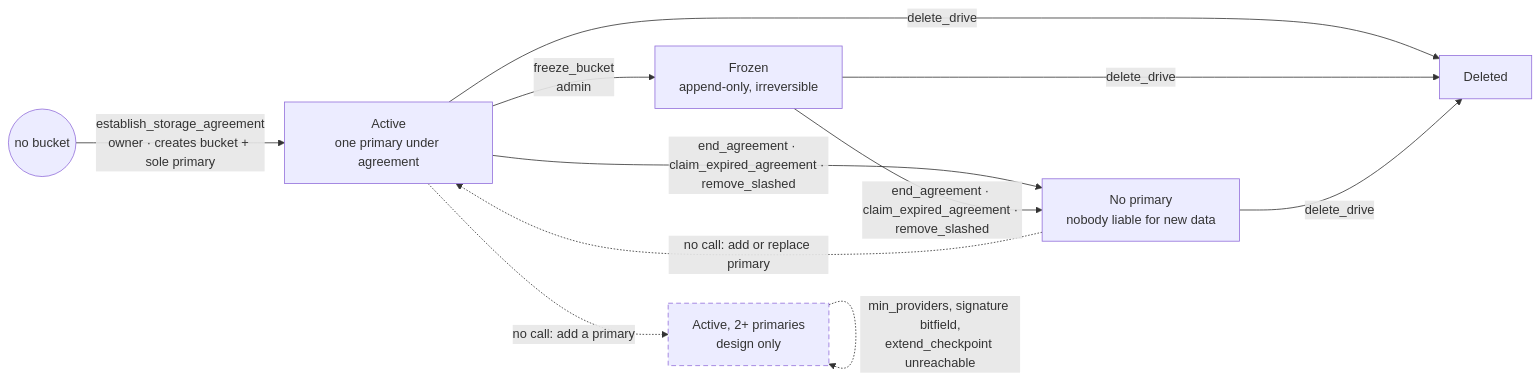
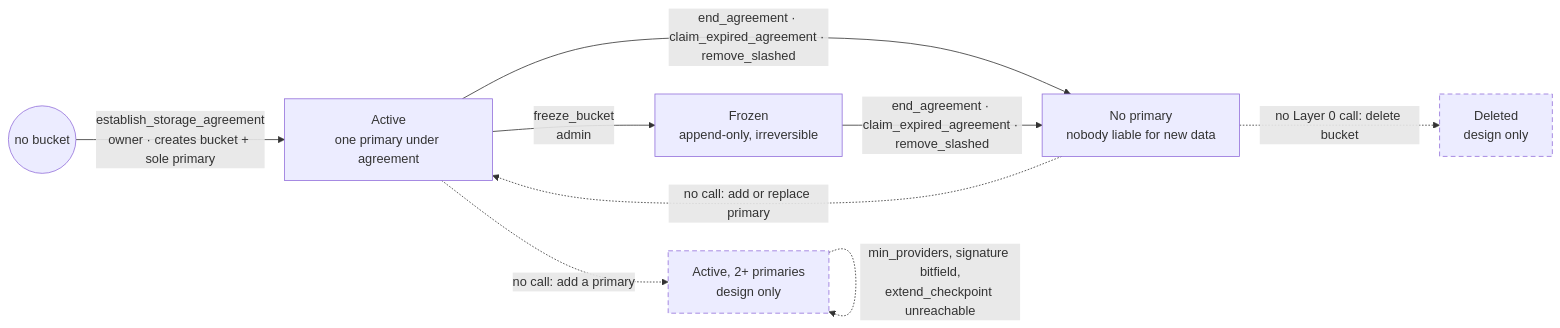
The diagram in docs/drafts/RFC_BUCKET_TRANSFER.md (paritytech/web3-storage), drawn with Mermaid before and after one commit. The commit also changed other lines of this file, not shown here.

Commit message:
docs/drafts: draw the bucket lifecycle at Layer 0 only
Drop the Layer 1 delete_drive edges from the diagram. Deleted becomes a
dashed state reached by a dashed "no Layer 0 call: delete bucket" edge, the
same treatment as the design-only multi-primary state. The tables keep the
delete_drive row since it is the only teardown that exists.

````diff
--- a/docs/drafts/RFC_BUCKET_TRANSFER.md
+++ b/docs/drafts/RFC_BUCKET_TRANSFER.md
@@ -59,24 +60,22 @@
 ```mermaid
 flowchart LR
     none(("no bucket"))
     Active["Active<br/>one primary under agreement"]
     Frozen["Frozen<br/>append-only, irreversible"]
     NoPrimary["No primary<br/>nobody liable for new data"]
-    Deleted["Deleted"]
+    Deleted["Deleted<br/>design only"]
     Multi["Active, 2+ primaries<br/>design only"]
 
     none -- "establish_storage_agreement<br/>owner · creates bucket + sole primary" --> Active
     Active -- "freeze_bucket<br/>admin" --> Frozen
     Active -- "end_agreement · claim_expired_agreement · remove_slashed" --> NoPrimary
     Frozen -- "end_agreement · claim_expired_agreement · remove_slashed" --> NoPrimary
-    Active -- "delete_drive" --> Deleted
-    Frozen -- "delete_drive" --> Deleted
-    NoPrimary -- "delete_drive" --> Deleted
 
     NoPrimary -. "no call: add or replace primary" .-> Active
+    NoPrimary -. "no Layer 0 call: delete bucket" .-> Deleted
     Active -. "no call: add a primary" .-> Multi
     Multi -. "min_providers, signature bitfield,<br/>extend_checkpoint unreachable" .-> Multi
 
     classDef missing stroke-dasharray: 6 4;
-    class Multi missing;
+    class Multi,Deleted missing;
 ```
````
